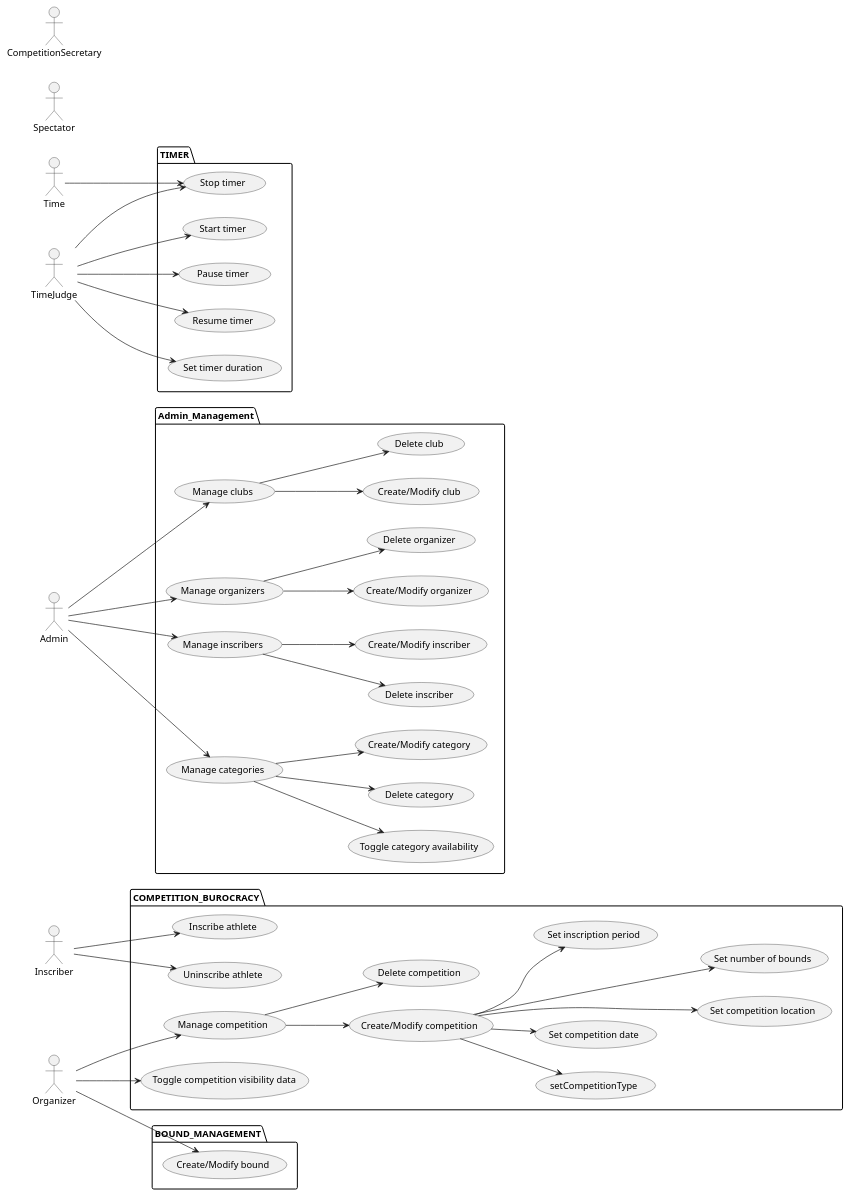
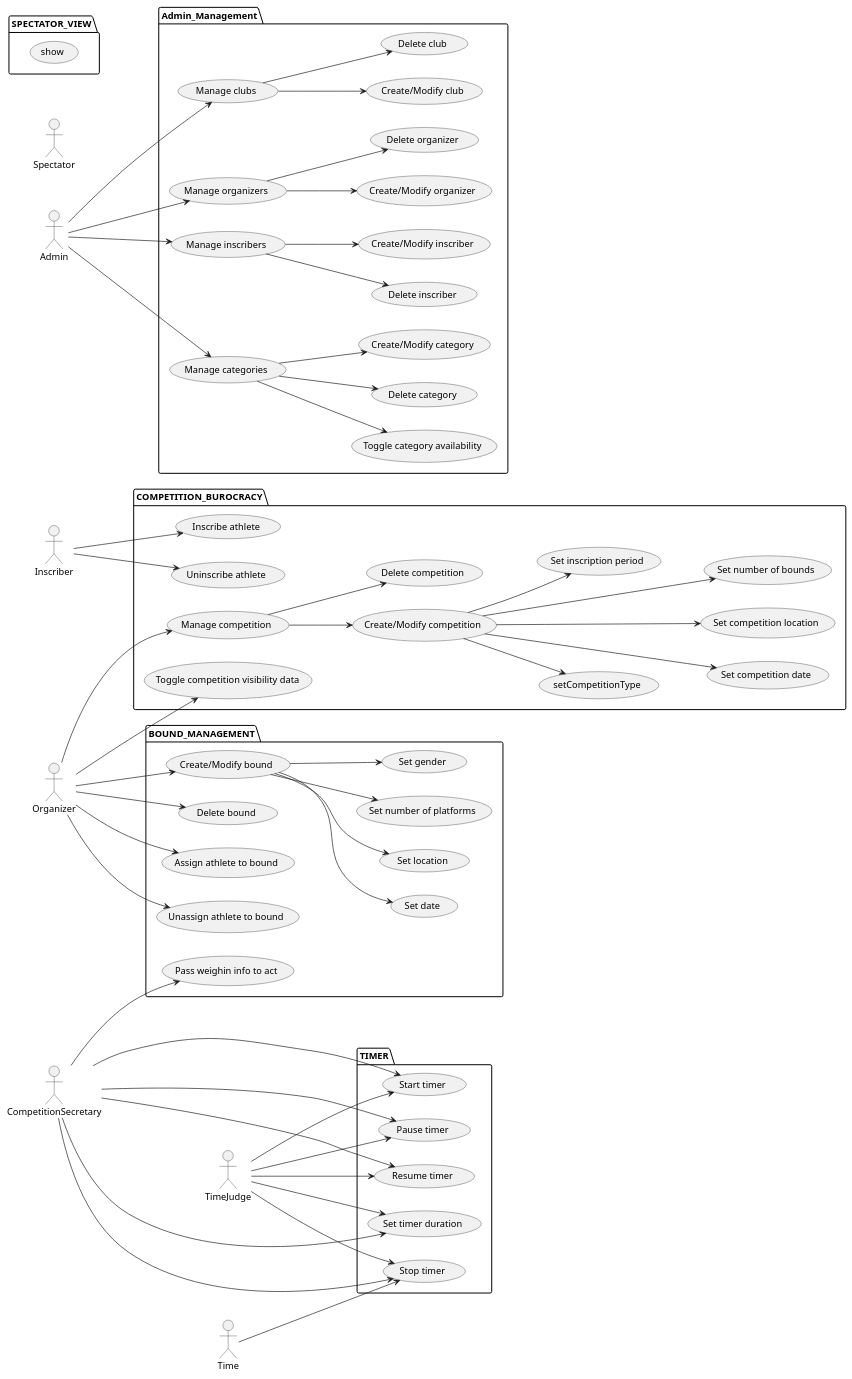
One commit to zuldare/mastercloud_pfm_halterocms changed the diagram in diagrams/usecases/WIP_actors.puml. Above: the diagram before and after it, drawn with PlantUML.

Commit message:
Added use cases

```diff
--- a/diagrams/usecases/WIP_actors.puml
+++ b/diagrams/usecases/WIP_actors.puml
@@ -1,139 +1,157 @@
 @startuml
 left to right direction
 
 actor Organizer as Organizer
 actor Inscriber as Inscriber
 actor Admin as Admin
 actor Time as Time
 actor TimeJudge as TimeJudge
 actor Spectator as Spectator
 actor CompetitionSecretary as CompetitionSecretary
 
 package Admin_Management {
   usecase "Create/Modify club" as createClub
   usecase "Delete club" as deleteClub
   usecase "Manage clubs" as manageClubs
 
   usecase "Create/Modify organizer" as createOrganizer
   usecase "Delete organizer" as deleteOrganizer
   usecase "Manage organizers" as manageOrganizers
 
   usecase "Delete inscriber" as deleteInscriber
   usecase "Create/Modify inscriber" as createInscriber
   usecase "Manage inscribers" as manageInscribers
 
   usecase "Toggle category availability" as toggleCategory
   usecase "Delete category" as deleteCategory
   usecase "Create/Modify category" as createCategory
   usecase "Manage categories" as manageCategories
 }
 
 manageClubs --> createClub
 manageClubs --> deleteClub
 Admin --> manageClubs
 
 manageOrganizers --> deleteOrganizer
 manageOrganizers --> createOrganizer
 Admin --> manageOrganizers
 
 manageInscribers --> deleteInscriber
 manageInscribers --> createInscriber
 Admin --> manageInscribers
 
 manageCategories --> deleteCategory
 manageCategories --> createCategory
 manageCategories --> toggleCategory
 Admin --> manageCategories
 
 package COMPETITION_BUROCRACY {
   usecase "Create/Modify competition" as createCompetition
   usecase "Delete competition" as deleteCompetition
   usecase "Manage competition" as manageCompetition
 
   usecase "setCompetitionType" as setCompetitionType
   usecase "Set competition date" as setCompetitionDate
   usecase "Set competition location" as setCompetitionLocation
   usecase "Set number of bounds" as setNumberOfBounds
   usecase "Set inscription period" as setInscriptionPeriod
 
-  createCompetition --> setCompetitionDate
+  createCompetition ---> setCompetitionDate
   createCompetition --> setInscriptionPeriod
   createCompetition ---> setCompetitionLocation
   createCompetition ---> setNumberOfBounds
   createCompetition --> setCompetitionType
 
   usecase "Toggle competition visibility data" as toggle
   usecase "Inscribe athlete" as inscribeAthlete
   usecase "Uninscribe athlete" as uninscribeAthlete
 }
 
+manageCompetition --> createCompetition
 manageCompetition --> deleteCompetition
-manageCompetition --> createCompetition
 Organizer --> manageCompetition
 Organizer --> toggle
 Inscriber --> inscribeAthlete
 Inscriber --> uninscribeAthlete
 
 package BOUND_MANAGEMENT {
   usecase "Create/Modify bound" as createBound
+  usecase "Set date" as setBoundDate
+  usecase "Delete bound" as deleteBound
+  usecase "Set location" as setBoundLocation
+  usecase "Set number of platforms" as platformNumber
+  usecase "Set gender" as setGender
+
+  createBound --> setBoundDate
+  createBound --> setBoundLocation
+  createBound --> platformNumber
+  createBound --> setGender
+
+  usecase "Assign athlete to bound" as assignAthleteToBound
+  usecase "Unassign athlete to bound" as unassignAthleteToBound
+  usecase "Pass weighin info to act" as weighToAct
 }
 
 Organizer --> createBound
+Organizer --> assignAthleteToBound
+Organizer --> unassignAthleteToBound
+Organizer --> deleteBound
+CompetitionSecretary --> weighToAct
 
-'
-'
-'package BOUND_BUROCRACY {
-'  Organizer --> (Create bound)
-'  (Create bound) --> (Set date)
-'  (Create bound) --> (Set location)
-'  (Create bound) --> (Set number of platforms)
-'  (Create bound) --> (Set gender)
-'  Organizer --> (Assign athlete to bound)
-'  Organizer --> (Delete bound)
-'  Organizer --> (Unassigned athlete to bound)
-'}
+
+package SPECTATOR_VIEW {
+  usecase show
+}
 '
 'package SPECTATOR_VIEW {
 '  (View competition data)
 '  (View bound data)
 '  (View bound play)
 '  note right of (View bound play): Spectator can see the development of a competition on air
 '
 '  (View bound results)
 '  (View classifications)
 '  (Download classifications)
 '  (View weightin act)
 '}
 '
 'Spectator --> (View competition data)
 'Spectator --> (View bound data)
 'Spectator --> (View bound play)
 '
 'Spectator --> (View bound results)
 'Spectator --> (View classifications)
 'Spectator --> (Download classifications)
 'Spectator --> (View weightin act)
 '
 'left to right direction
 'CompetitionSecretary --> (Set lift status)
 'CompetitionSecretary --> (Set lift value)
 '
 'CompetitionSecretary --> (Generate bound act)
 'Organizer --> (Generate bound act)
 
 package TIMER {
   usecase "Start timer" as startTimer
   usecase "Pause timer" as pauseTimer
   usecase "Resume timer" as resumeTimer
   usecase "Set timer duration" as setTimerDuration
   usecase "Stop timer" as stopTimer
 }
 
 TimeJudge --> startTimer
 TimeJudge --> pauseTimer
 TimeJudge --> resumeTimer
 TimeJudge --> stopTimer
 TimeJudge --> setTimerDuration
 Time --> stopTimer
 
+
+
+CompetitionSecretary ---> startTimer
+CompetitionSecretary ---> pauseTimer
+CompetitionSecretary ---> resumeTimer
+CompetitionSecretary ---> stopTimer
+CompetitionSecretary ---> setTimerDuration
+
 @enduml
```
